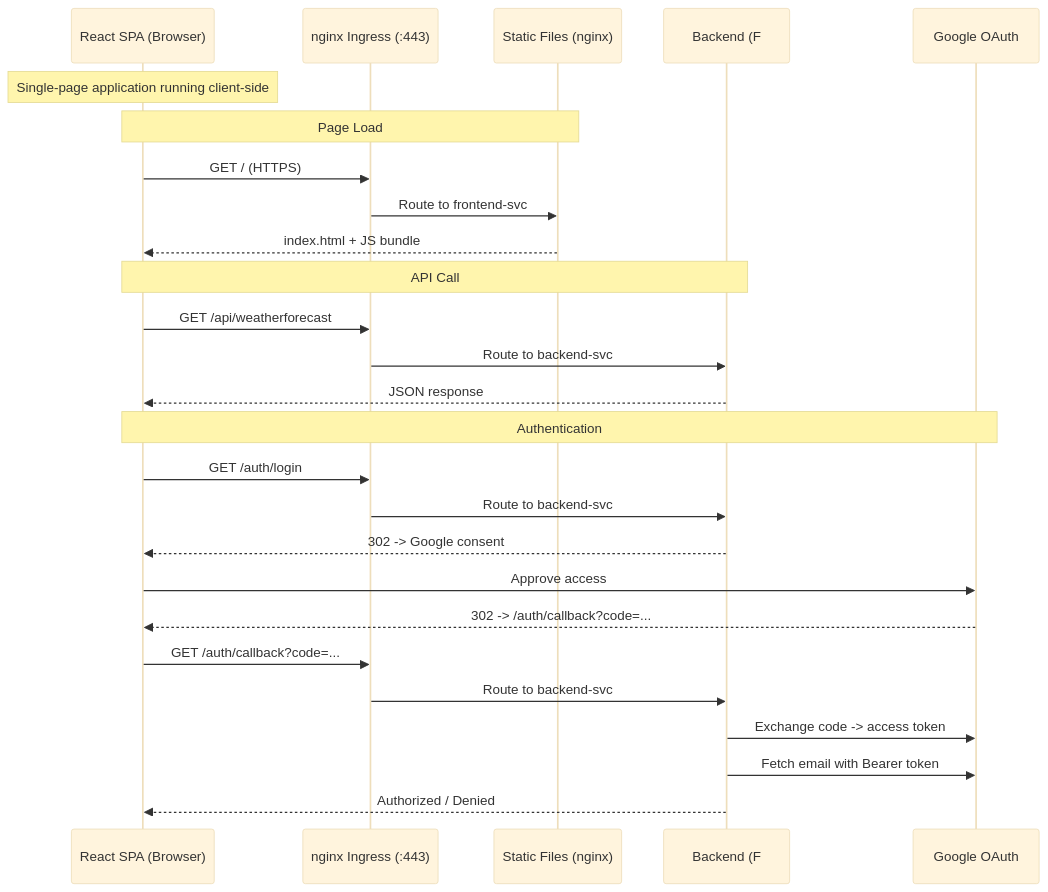
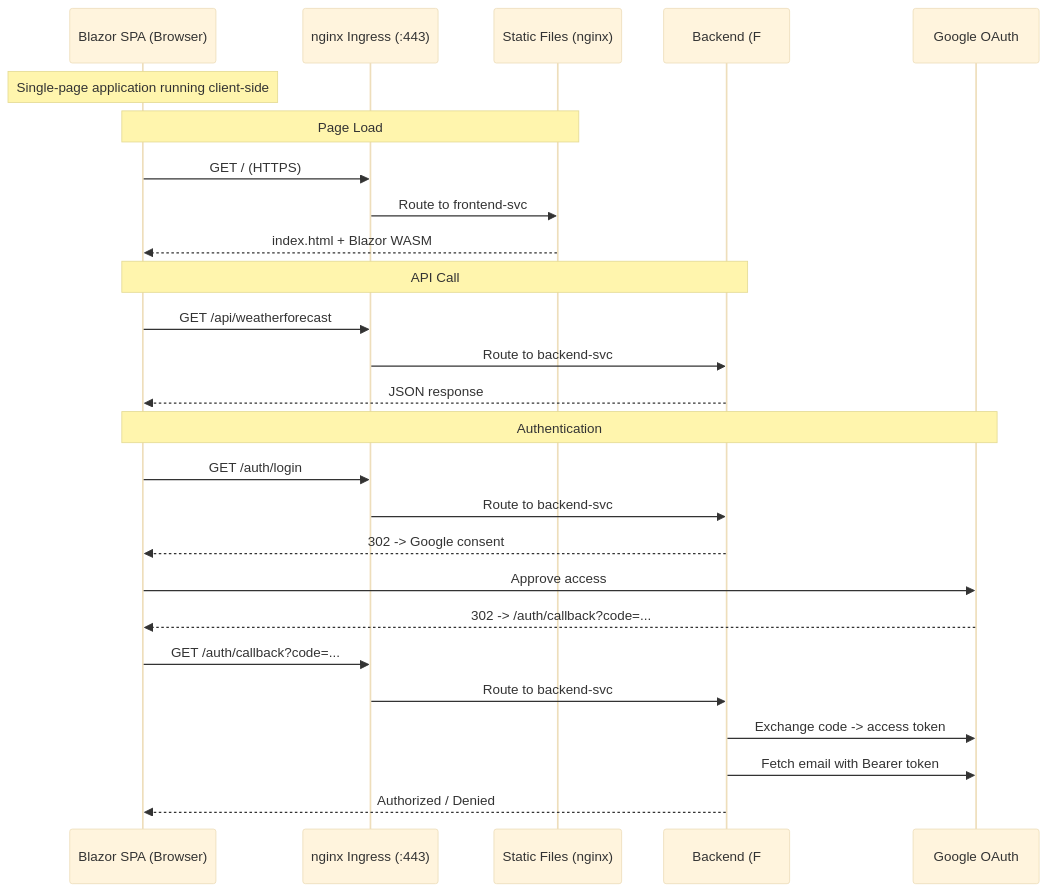
Before and after one commit to jagasafari/longevity: the third of 3 diagrams in docs/01-overview.md, drawn with Mermaid (base theme). The commit also changed 34 other files, not shown here.

````diff
--- a/docs/01-overview.md
+++ b/docs/01-overview.md
@@ -177,34 +177,34 @@
 ```mermaid
 sequenceDiagram
-    participant SPA as React SPA (Browser)
+    participant SPA as Blazor SPA (Browser)
     participant ING as nginx Ingress (:443)
     participant Files as Static Files (nginx)
     participant BE as Backend (F# API)
     participant Google as Google OAuth
 
     Note over SPA: Single-page application running client-side
 
     Note over SPA,Files: Page Load
 
     SPA->>ING: GET / (HTTPS)
     ING->>Files: Route to frontend-svc
-    Files-->>SPA: index.html + JS bundle
+    Files-->>SPA: index.html + Blazor WASM
 
     Note over SPA,BE: API Call
 
     SPA->>ING: GET /api/weatherforecast
     ING->>BE: Route to backend-svc
     BE-->>SPA: JSON response
 
     Note over SPA,Google: Authentication
     SPA->>ING: GET /auth/login
     ING->>BE: Route to backend-svc
     BE-->>SPA: 302 -> Google consent
     SPA->>Google: Approve access
     Google-->>SPA: 302 -> /auth/callback?code=...
     SPA->>ING: GET /auth/callback?code=...
     ING->>BE: Route to backend-svc
     BE->>Google: Exchange code -> access token
     BE->>Google: Fetch email with Bearer token
     BE-->>SPA: Authorized / Denied
 ```
````
